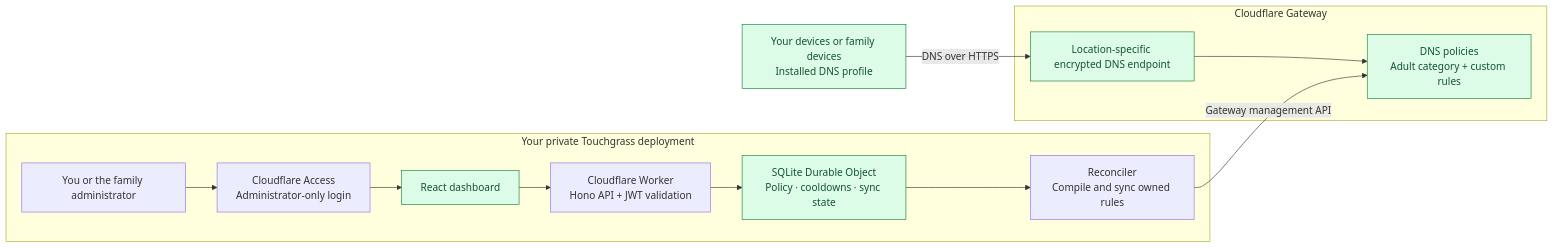
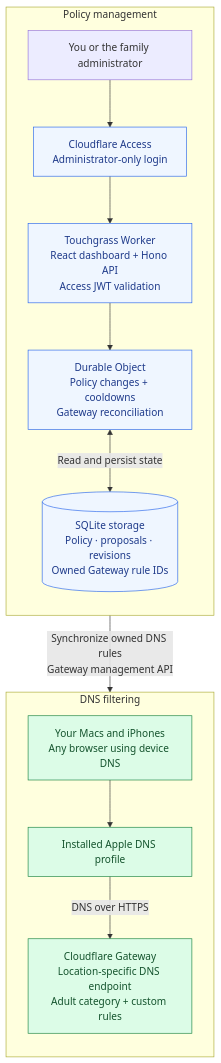
Before and after one commit to fyzanshaik/touchgrass: the first of 2 diagrams in README.md, drawn with Mermaid. The commit also changed other lines of this file, not shown here.

Commit message:
Organize architecture and lead with one assistant setup prompt

````diff
--- a/README.md
+++ b/README.md
@@ -93,26 +110,32 @@
 ```mermaid
-flowchart LR
-    subgraph Management["Your private Touchgrass deployment"]
+flowchart TB
+    subgraph Management["Policy management"]
+        direction TB
         Admin["You or the family administrator"]
         Access["Cloudflare Access<br/>Administrator-only login"]
-        Dashboard["React dashboard"]
-        API["Cloudflare Worker<br/>Hono API + JWT validation"]
-        State["SQLite Durable Object<br/>Policy · cooldowns · sync state"]
-        Reconcile["Reconciler<br/>Compile and sync owned rules"]
-        Admin --> Access --> Dashboard --> API --> State
-        State --> Reconcile
+        Worker["Touchgrass Worker<br/>React dashboard + Hono API<br/>Access JWT validation"]
+        Account["Durable Object<br/>Policy changes + cooldowns<br/>Gateway reconciliation"]
+        Storage[("SQLite storage<br/>Policy · proposals · revisions<br/>Owned Gateway rule IDs")]
+
+        Admin --> Access --> Worker
+        Worker --> Account
+        Account <-->|Read and persist state| Storage
     end
 
-    subgraph Enforcement["Cloudflare Gateway"]
-        Policies["DNS policies<br/>Adult category + custom rules"]
-        Resolver["Location-specific encrypted DNS endpoint"]
-        Resolver --> Policies
+    subgraph Filtering["DNS filtering"]
+        direction TB
+        Devices["Your Macs and iPhones<br/>Any browser using device DNS"]
+        Profile["Installed Apple DNS profile"]
+        Gateway["Cloudflare Gateway<br/>Location-specific DNS endpoint<br/>Adult category + custom rules"]
+
+        Devices --> Profile
+        Profile -->|DNS over HTTPS| Gateway
     end
 
-    Devices["Your devices or family devices<br/>Installed DNS profile"]
-    Reconcile -->|Gateway management API| Policies
-    Devices -->|DNS over HTTPS| Resolver
+    Account -->|Synchronize owned DNS rules<br/>Gateway management API| Gateway
 
-    classDef grass fill:#dcfce7,stroke:#15803d,color:#14532d
-    class Dashboard,State,Policies,Resolver,Devices grass
+    classDef management fill:#eff6ff,stroke:#2563eb,color:#1e3a8a
+    classDef filtering fill:#dcfce7,stroke:#15803d,color:#14532d
+    class Access,Worker,Account,Storage management
+    class Devices,Profile,Gateway filtering
 ```
````
